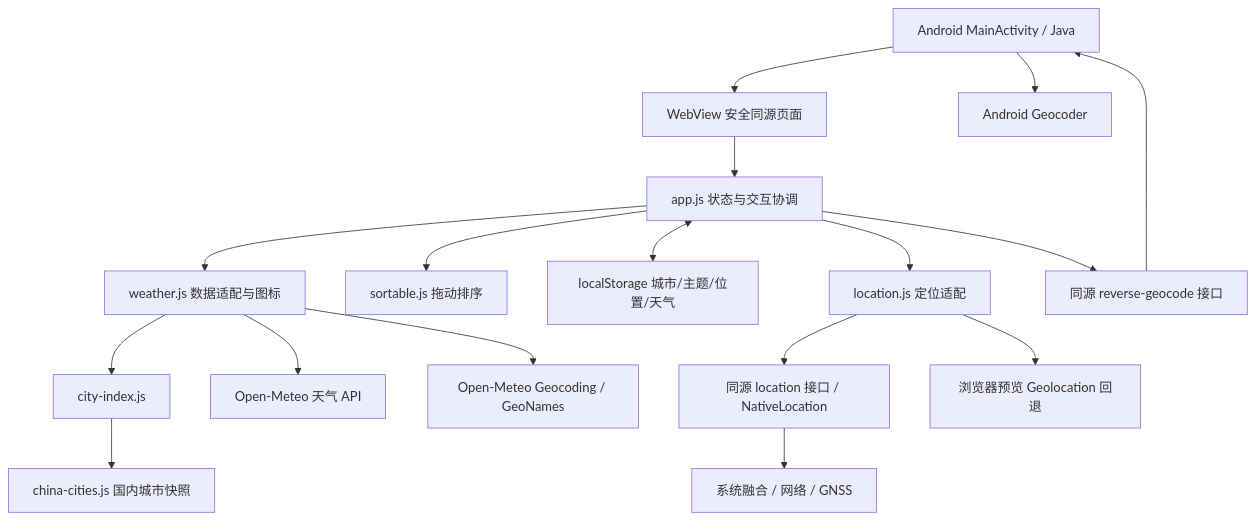
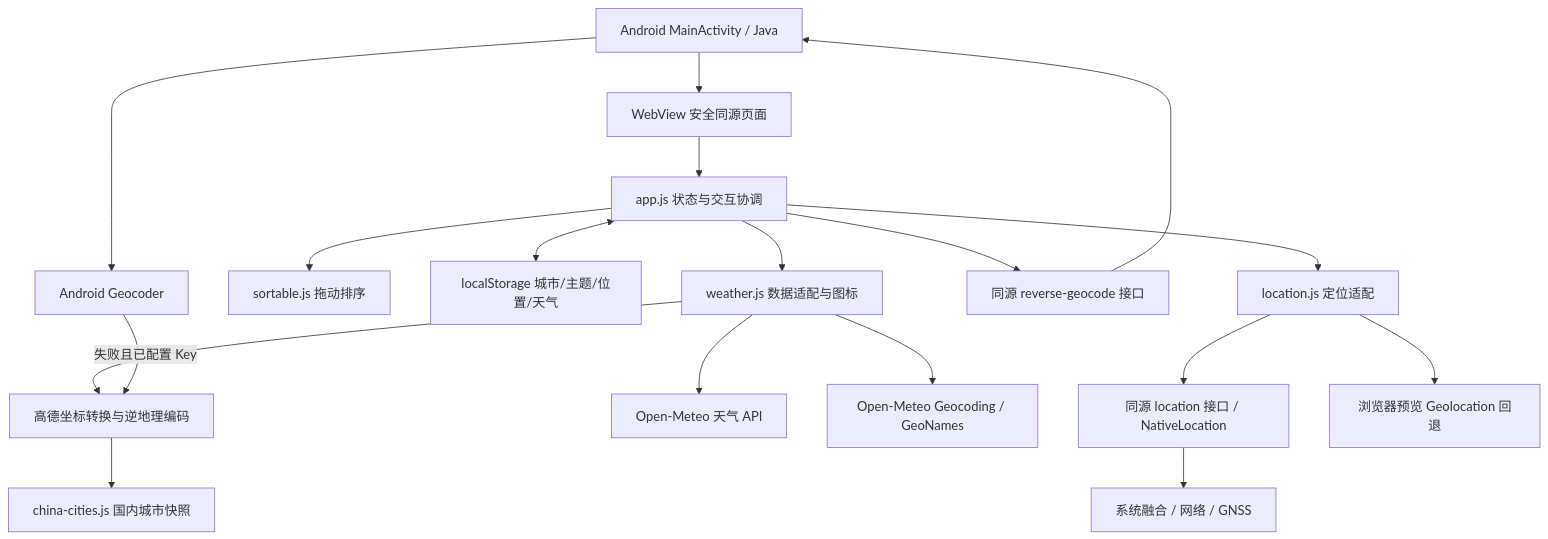
The first of 2 diagrams in docs/DESIGN.md (liu-gongjie/TravelWeather), drawn with Mermaid before and after one commit. The commit also changed other lines of this file and 8 other files, not shown here.

````diff
--- a/docs/DESIGN.md
+++ b/docs/DESIGN.md
@@ -51,19 +51,20 @@
 ```mermaid
 flowchart TD
     A[Android MainActivity / Java] --> B[WebView 安全同源页面]
     B --> C[app.js 状态与交互协调]
     C --> D[weather.js 数据适配与图标]
     C --> E[sortable.js 拖动排序]
     C <--> F[localStorage 城市/主题/位置/天气]
     D --> G[city-index.js]
     G --> H[china-cities.js 国内城市快照]
     D --> I[Open-Meteo 天气 API]
     D --> J[Open-Meteo Geocoding / GeoNames]
     C --> K[location.js 定位适配]
     K --> N[同源 location 接口 / NativeLocation]
     N --> O[系统融合 / 网络 / GNSS]
     K --> P[浏览器预览 Geolocation 回退]
     C --> L[同源 reverse-geocode 接口]
     L --> A
     A --> M[Android Geocoder]
+    M -->|失败且已配置 Key| G[高德坐标转换与逆地理编码]
 ```
````
